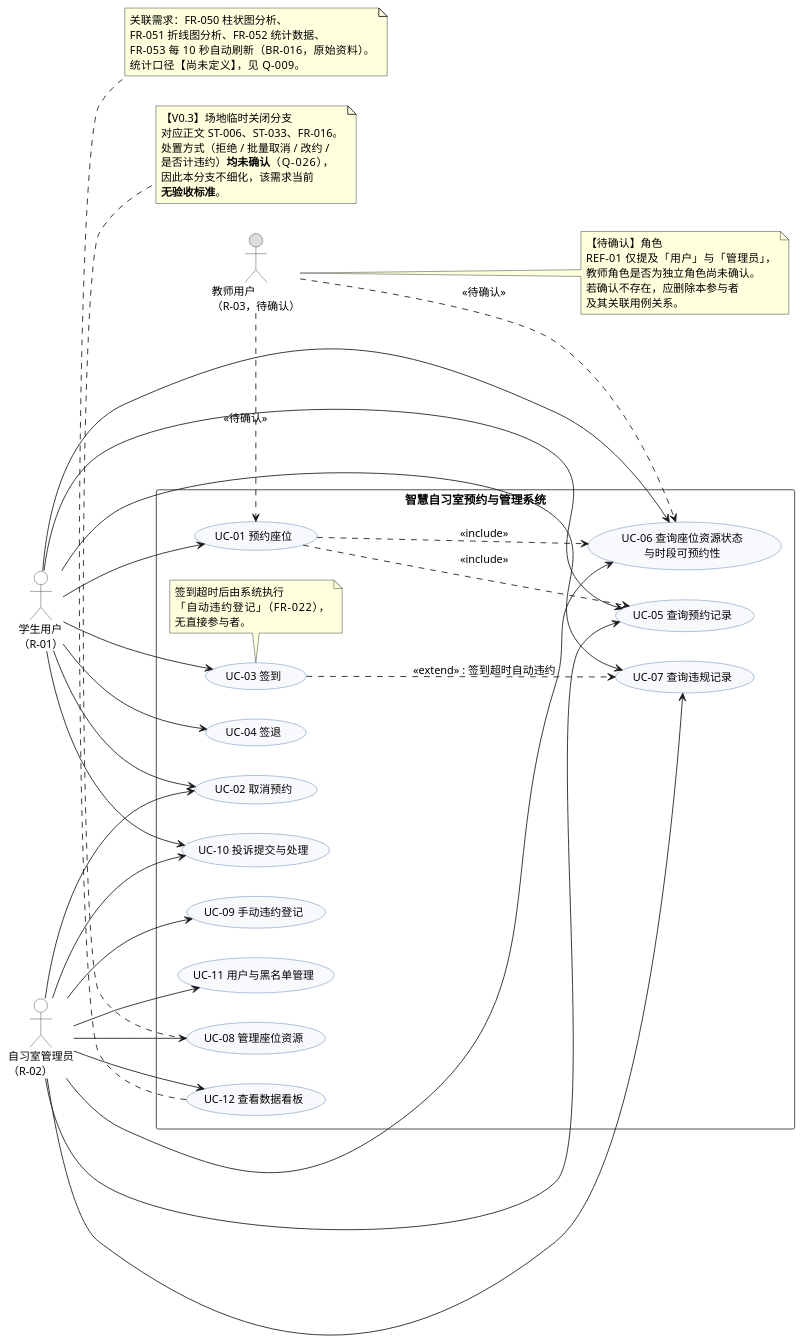
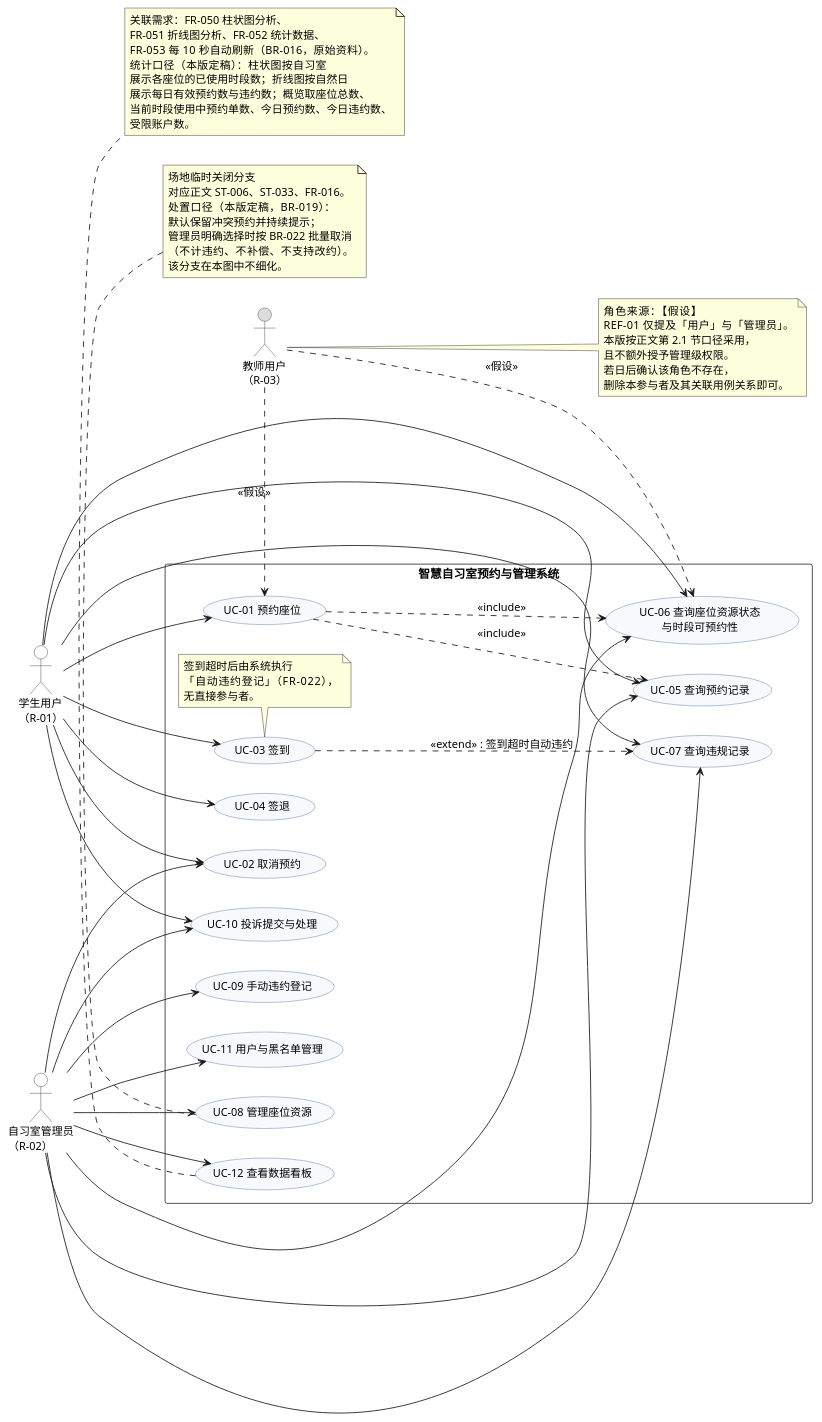
Before and after one commit to zuiaihuiliyi-123/smart-study-room-booking-system: the diagram in models/UCD-01-用例图.puml, drawn with PlantUML. The commit also changed 7 other files, not shown here.

```diff
--- a/models/UCD-01-用例图.puml
+++ b/models/UCD-01-用例图.puml
@@ -1,128 +1,134 @@
 @startuml UCD-01
 ' ============================================================
 ' 图编号：UCD-01
 ' 图名称：智慧自习室预约与管理系统 用例图
 ' 建模对象：参与者与用例
-' 关联需求：《智慧自习室预约与管理系统-需求规格说明书.md》第 4.3 节、
-'           FR-001~FR-060（含 V0.3 新增的 FR-014 并发冲突控制、
-'           FR-015 请求幂等性、FR-016 场地临时关闭处置）
+' 关联需求：《智慧自习室预约与管理系统-需求规格说明书（课程结构版）.md》
+'           第 2.4 节、FR-001~FR-060
+'           （含 FR-014 并发冲突控制、FR-015 请求幂等性、
+'             FR-016 场地临时关闭处置）
 ' 关联规则：BR-017、BR-018、BR-019、BR-021
-' 版本：V0.3     日期：2026-10-15
+' 版本：V2.0（课程结构版·定稿）       日期：2026-10-15
 ' ------------------------------------------------------------
 ' 图注：
-'   1. R-03 教师用户为【待确认】角色，REF-01 未提及教师角色。
+'   1. R-03 教师用户来源为【假设】（REF-01 未提及），本版按正文第 2.1 节口径采用。
 '   2. 本图仅表达用例与参与者的静态关系，
 '      不表示任何用例已实现或已验证。
-'   3. 全部业务规则为【AI 候选】或【分析推导】，确认状态为「待确认」。
-'   4. 【V0.3 修订】UC-06 由"查询座位实时状态"改名为
-'      "查询座位资源状态与时段可预约性"——座位本身不再有
-'      「已预约」「使用中」状态，可预约性按目标时段实时计算
-'      （正文第 10.4.2 节）。
-'   5. 【V0.3 修订】UC-08 包含"场地临时关闭"分支，但其对已排定
-'      预约的处置规则【待确认】（正文 ST-006、ST-033、FR-016、Q-026），
+'   3. 本图引用的规则来源为【AI 候选】或【分析推导】，确认状态为「已确认」（说明 V2.0 定稿）。
+'   4. UC-06 命名为"查询座位资源状态与时段可预约性"——座位本身
+'      不再有「已预约」「使用中」状态，可预约性按目标时段实时计算
+'      （正文第 4.4.2 节）。
+'   5. UC-08 包含"场地临时关闭"分支，但其对已排定
+'      预约的处置规则见正文 BR-019、FR-016（默认保留并提示/管理员明确选择时批量取消），
 '      故该分支在本图中不细化。
 '   6. UC-01 隐含 FR-014（并发冲突）与 FR-015（幂等）两条
 '      非功能性保障需求，未单列用例。
 ' ============================================================
 
 left to right direction
 skinparam packageStyle rectangle
 skinparam shadowing false
 skinparam usecase {
   BackgroundColor #F7F9FC
   BorderColor #4A6FA5
   FontSize 13
 }
 skinparam actor {
   BackgroundColor #FFFFFF
   BorderColor #333333
   FontSize 13
 }
 skinparam rectangle {
   BackgroundColor #FFFFFF
   BorderColor #333333
 }
 
 actor "学生用户\n（R-01）" as R01
 actor "自习室管理员\n（R-02）" as R02
-actor "教师用户\n（R-03，待确认）" as R03 #DDDDDD
+actor "教师用户\n（R-03）" as R03 #DDDDDD
 
 rectangle "智慧自习室预约与管理系统" {
 
   usecase "UC-01 预约座位" as UC01
   usecase "UC-02 取消预约" as UC02
   usecase "UC-03 签到" as UC03
   usecase "UC-04 签退" as UC04
   usecase "UC-05 查询预约记录" as UC05
   usecase "UC-06 查询座位资源状态\n与时段可预约性" as UC06
   usecase "UC-07 查询违规记录" as UC07
   usecase "UC-08 管理座位资源" as UC08
   usecase "UC-09 手动违约登记" as UC09
   usecase "UC-10 投诉提交与处理" as UC10
   usecase "UC-11 用户与黑名单管理" as UC11
   usecase "UC-12 查看数据看板" as UC12
 
   ' 系统自动执行的用例，不直接由参与者发起，以 note 标注
   note bottom of UC03
     签到超时后由系统执行
     「自动违约登记」（FR-022），
     无直接参与者。
   end note
 
 }
 
 ' ---------- 学生用户 R-01 ----------
 R01 --> UC01
 R01 --> UC02
 R01 --> UC03
 R01 --> UC04
 R01 --> UC05
 R01 --> UC06
 R01 --> UC07
 R01 --> UC10
 
 ' ---------- 自习室管理员 R-02 ----------
 R02 --> UC02
 R02 --> UC05
 R02 --> UC06
 R02 --> UC07
 R02 --> UC08
 R02 --> UC09
 R02 --> UC10
 R02 --> UC11
 R02 --> UC12
 
-' ---------- 教师用户 R-03（待确认） ----------
-R03 .> UC01 : <<待确认>>
-R03 .> UC06 : <<待确认>>
+' ---------- 教师用户 R-03 ----------
+R03 .> UC01 : <<假设>>
+R03 .> UC06 : <<假设>>
 
 ' ---------- 用例之间的关系 ----------
 UC01 ..> UC06 : <<include>>
 UC01 ..> UC05 : <<include>>
 UC03 ..> UC07 : <<extend>> : 签到超时自动违约
 
 note bottom of UC08
-  【V0.3】场地临时关闭分支
+  场地临时关闭分支
   对应正文 ST-006、ST-033、FR-016。
-  处置方式（拒绝 / 批量取消 / 改约 /
-  是否计违约）**均未确认**（Q-026），
-  因此本分支不细化，该需求当前
-  **无验收标准**。
+  处置口径（本版定稿，BR-019）：
+  默认保留冲突预约并持续提示；
+  管理员明确选择时按 BR-022 批量取消
+  （不计违约、不补偿、不支持改约）。
+  该分支在本图中不细化。
 end note
 
 note right of R03
-  【待确认】角色
-  REF-01 仅提及「用户」与「管理员」，
-  教师角色是否为独立角色尚未确认。
-  若确认不存在，应删除本参与者
-  及其关联用例关系。
+  角色来源：【假设】
+  REF-01 仅提及「用户」与「管理员」。
+  本版按正文第 2.1 节口径采用，
+  且不额外授予管理级权限。
+  若日后确认该角色不存在，
+  删除本参与者及其关联用例关系即可。
 end note
 
 note bottom of UC12
   关联需求：FR-050 柱状图分析、
   FR-051 折线图分析、FR-052 统计数据、
   FR-053 每 10 秒自动刷新（BR-016，原始资料）。
-  统计口径【尚未定义】，见 Q-009。
+  统计口径（本版定稿）：柱状图按自习室
+  展示各座位的已使用时段数；折线图按自然日
+  展示每日有效预约数与违约数；概览取座位总数、
+  当前时段使用中预约单数、今日预约数、今日违约数、
+  受限账户数。
 end note
 
 @enduml
```
